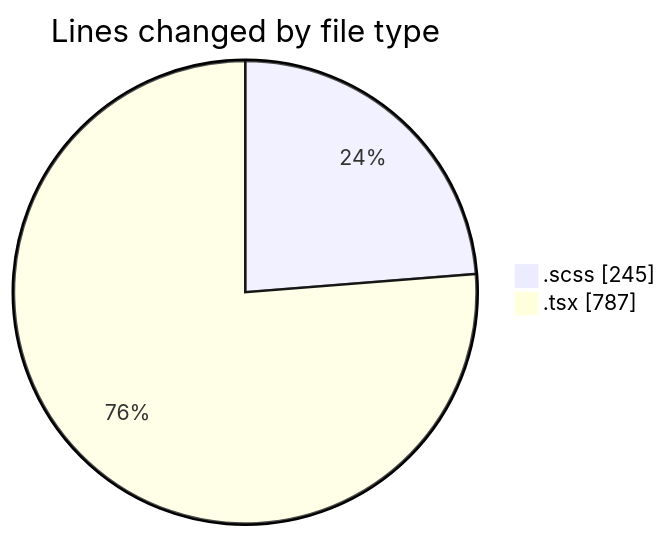
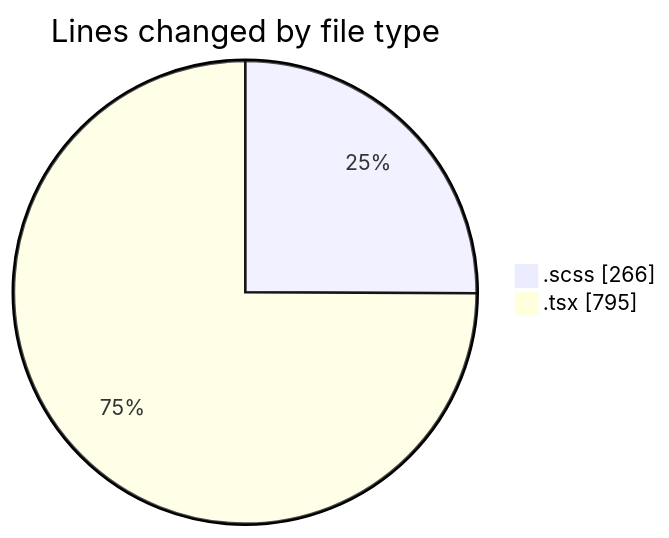
Before and after one commit to momahboobian/code-tracking: the first of 2 diagrams in 2025-03-28/cda/README.md, drawn with Mermaid. The commit also changed other lines of this file and 1 other file, not shown here.

````diff
--- a/2025-03-28/cda/README.md
+++ b/2025-03-28/cda/README.md
@@ -23,6 +23,6 @@
 ```mermaid
 pie showData
 title Lines changed by file type
-".scss" : 245
-".tsx" : 787
+".scss" : 266
+".tsx" : 795
 ```
````
